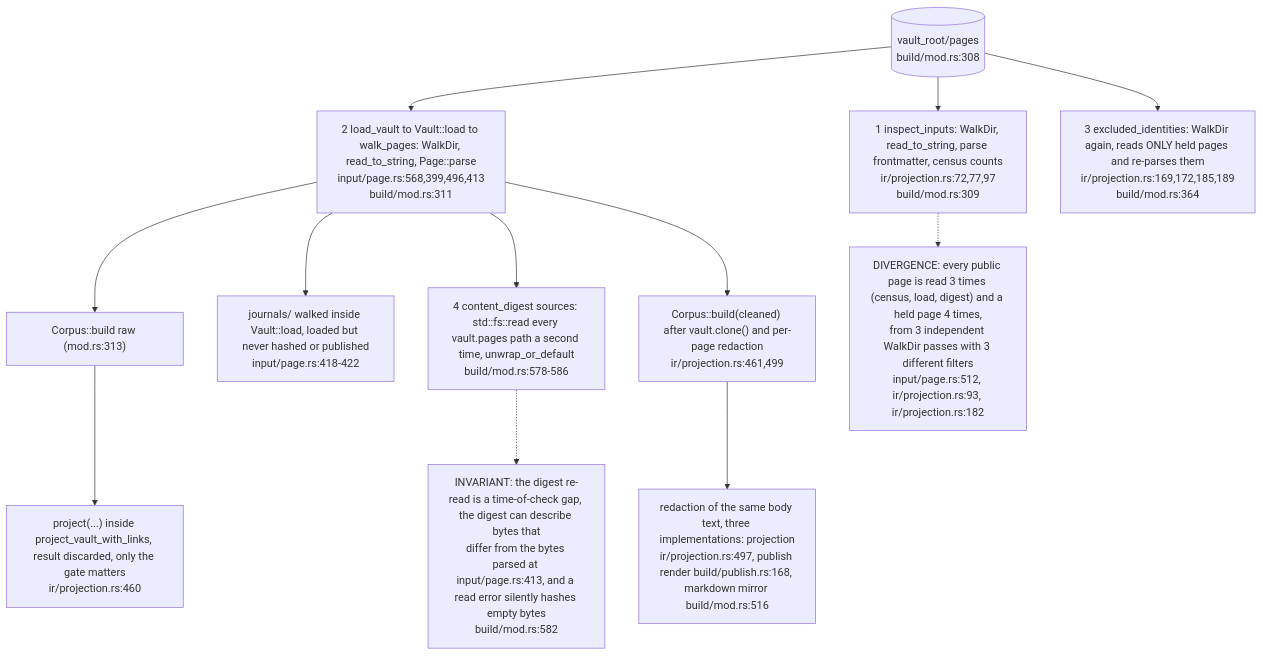
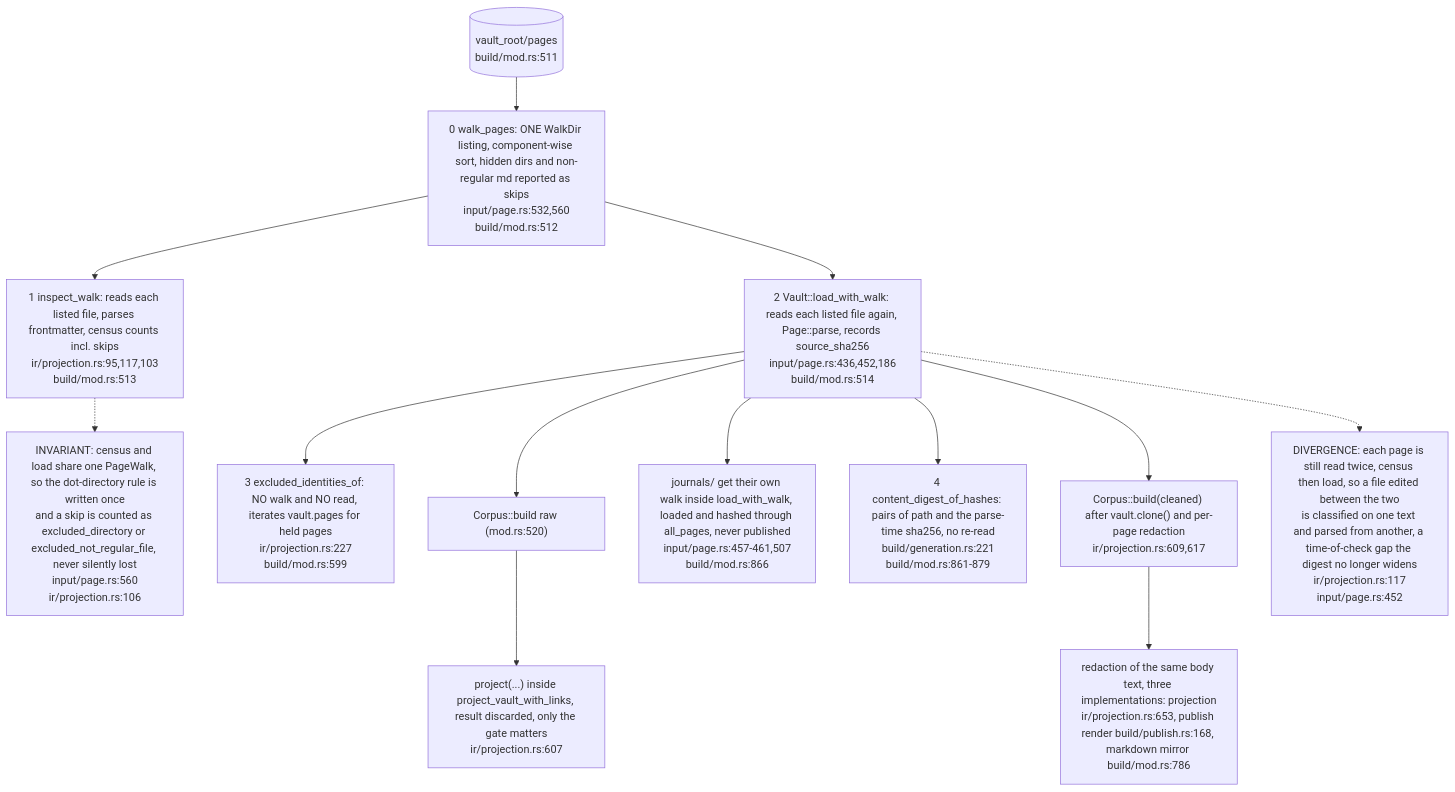
One commit to DreamLab-AI/VisionFlow changed the third of 7 diagrams in docs/diagrams/ontomark/03-build-run-gates-staging-and-generation.md. Above: the diagram before and after it, drawn with Mermaid. The commit also changed other lines of this file and 10 other files, not shown here.

First line of the commit message:
docs(diagrams): re-stamp the ontomark corpus at ee9e04a; OM-06 machine scope and ingest contract

````diff
--- a/docs/diagrams/ontomark/03-build-run-gates-staging-and-generation.md
+++ b/docs/diagrams/ontomark/03-build-run-gates-staging-and-generation.md
@@ -100,26 +108,28 @@
 ```mermaid
 flowchart TD
-    DIR[("vault_root/pages<br/>build/mod.rs:308")]
-    W1["1 inspect_inputs: WalkDir, read_to_string, parse frontmatter, census counts<br/>ir/projection.rs:72,77,97<br/>build/mod.rs:309"]
-    W2["2 load_vault to Vault::load to walk_pages: WalkDir, read_to_string, Page::parse<br/>input/page.rs:568,399,496,413<br/>build/mod.rs:311"]
-    W3["3 excluded_identities: WalkDir again, reads ONLY held pages and re-parses them<br/>ir/projection.rs:169,172,185,189<br/>build/mod.rs:364"]
-    W4["4 content_digest sources: std::fs::read every vault.pages path a second time, unwrap_or_default<br/>build/mod.rs:578-586"]
-    J["journals/ walked inside Vault::load, loaded but never hashed or published<br/>input/page.rs:418-422"]
-    C1["Corpus::build raw (mod.rs:313)"]
-    C2["project(...) inside project_vault_with_links, result discarded, only the gate matters<br/>ir/projection.rs:460"]
-    C3["Corpus::build(cleaned) after vault.clone() and per-page redaction<br/>ir/projection.rs:461,499"]
-    R1["redaction of the same body text, three implementations: projection<br/>ir/projection.rs:497, publish render build/publish.rs:168, markdown mirror build/mod.rs:516"]
-    N1["DIVERGENCE: every public page is read 3 times (census, load, digest) and a held page 4 times,<br/>from 3 independent WalkDir passes with 3 different filters<br/>input/page.rs:512, ir/projection.rs:93, ir/projection.rs:182"]
-    N2["INVARIANT: the digest re-read is a time-of-check gap, the digest can describe bytes that<br/>differ from the bytes parsed at input/page.rs:413, and a read error silently hashes empty bytes<br/>build/mod.rs:582"]
-    DIR --> W1
-    DIR --> W2
-    DIR --> W3
+    DIR[("vault_root/pages<br/>build/mod.rs:511")]
+    WK["0 walk_pages: ONE WalkDir listing, component-wise sort, hidden dirs and non-regular md reported as skips<br/>input/page.rs:532,560<br/>build/mod.rs:512"]
+    W1["1 inspect_walk: reads each listed file, parses frontmatter, census counts incl. skips<br/>ir/projection.rs:95,117,103<br/>build/mod.rs:513"]
+    W2["2 Vault::load_with_walk: reads each listed file again, Page::parse, records source_sha256<br/>input/page.rs:436,452,186<br/>build/mod.rs:514"]
+    W3["3 excluded_identities_of: NO walk and NO read, iterates vault.pages for held pages<br/>ir/projection.rs:227<br/>build/mod.rs:599"]
+    W4["4 content_digest_of_hashes: pairs of path and the parse-time sha256, no re-read<br/>build/generation.rs:221<br/>build/mod.rs:861-879"]
+    J["journals/ get their own walk inside load_with_walk, loaded and hashed through all_pages, never published<br/>input/page.rs:457-461,507<br/>build/mod.rs:866"]
+    C1["Corpus::build raw (mod.rs:520)"]
+    C2["project(...) inside project_vault_with_links, result discarded, only the gate matters<br/>ir/projection.rs:607"]
+    C3["Corpus::build(cleaned) after vault.clone() and per-page redaction<br/>ir/projection.rs:609,617"]
+    R1["redaction of the same body text, three implementations: projection<br/>ir/projection.rs:653, publish render build/publish.rs:168, markdown mirror build/mod.rs:786"]
+    N1["INVARIANT: census and load share one PageWalk, so the dot-directory rule is written once<br/>and a skip is counted as excluded_directory or excluded_not_regular_file, never silently lost<br/>input/page.rs:560<br/>ir/projection.rs:106"]
+    N2["DIVERGENCE: each page is still read twice, census then load, so a file edited between the two<br/>is classified on one text and parsed from another, a time-of-check gap the digest no longer widens<br/>ir/projection.rs:117<br/>input/page.rs:452"]
+    DIR --> WK
+    WK --> W1
+    WK --> W2
+    W2 --> W3
     W2 --> C1
     W2 --> J
     W2 --> W4
     C1 --> C2
     W2 --> C3
     C3 --> R1
     W1 -.-> N1
-    W4 -.-> N2
+    W2 -.-> N2
 ```
````
